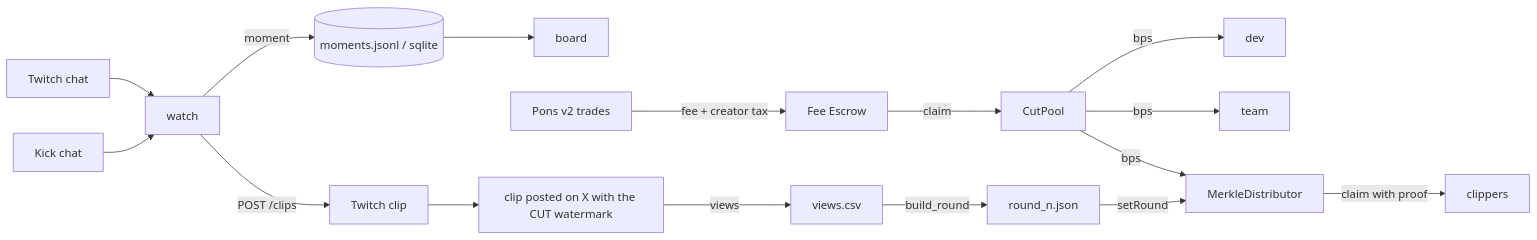
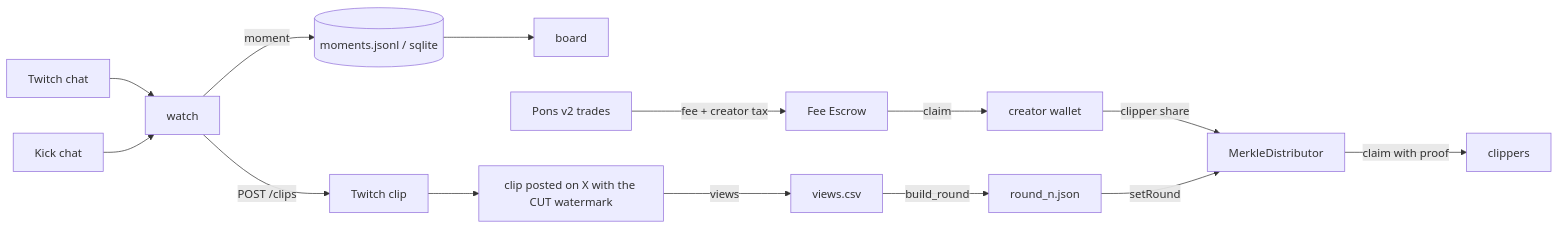
Before and after one commit to Izaneluhin/cutchain: the diagram in README.md, drawn with Mermaid. The commit also changed other lines of this file, not shown here.

Commit message:
README: describe how the creator fees actually reach clippers

````diff
--- a/README.md
+++ b/README.md
@@ -172,18 +173,16 @@
 ```mermaid
 flowchart LR
   T[Twitch chat] --> W[watch]
   K[Kick chat] --> W
   W -->|moment| M[(moments.jsonl / sqlite)]
   W -->|POST /clips| C[Twitch clip]
   M --> B[board]
   C --> X[clip posted on X with the CUT watermark]
   X -->|views| V[views.csv]
   P[Pons v2 trades] -->|fee + creator tax| E[Fee Escrow]
-  E -->|claim| CP[CutPool]
-  CP -->|bps| D[dev]
-  CP -->|bps| TM[team]
-  CP -->|bps| MD[MerkleDistributor]
+  E -->|claim| CW[creator wallet]
+  CW -->|clipper share| MD[MerkleDistributor]
   V -->|build_round| R[round_n.json]
   R -->|setRound| MD
   MD -->|claim with proof| CL[clippers]
 ```
````
